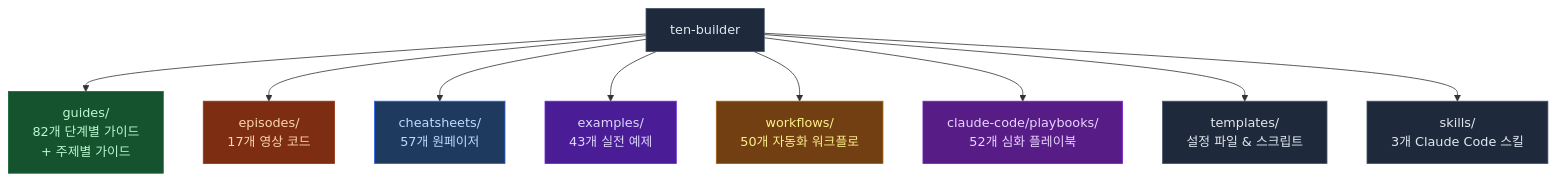
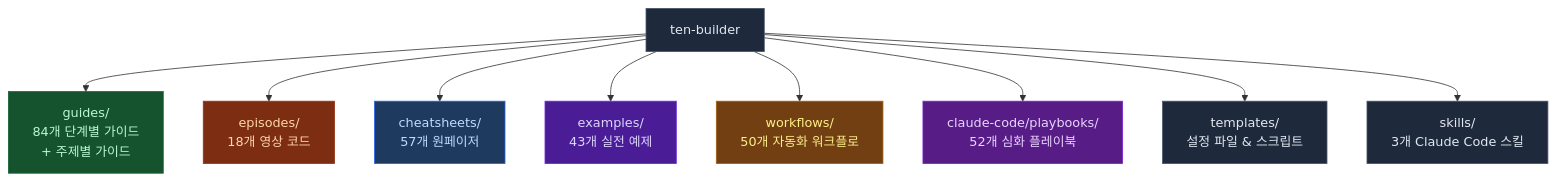
Before and after one commit to ten-builder/ten-builder: the first of 2 diagrams in README.md, drawn with Mermaid. The commit also changed other lines of this file, not shown here.

Commit message:
docs: README sync -- guides 81-82, EP18 반영

````diff
--- a/README.md
+++ b/README.md
@@ -23,21 +23,21 @@
 ```mermaid
 flowchart TD
-    R["ten-builder"] --> G["guides/\n82개 단계별 가이드\n+ 주제별 가이드"]
-    R --> E["episodes/\n17개 영상 코드"]
+    R["ten-builder"] --> G["guides/\n84개 단계별 가이드\n+ 주제별 가이드"]
+    R --> E["episodes/\n18개 영상 코드"]
     R --> C["cheatsheets/\n57개 원페이저"]
     R --> EX["examples/\n43개 실전 예제"]
     R --> W["workflows/\n50개 자동화 워크플로"]
     R --> P["claude-code/playbooks/\n52개 심화 플레이북"]
     R --> T["templates/\n설정 파일 & 스크립트"]
     R --> S["skills/\n3개 Claude Code 스킬"]
 
     style R fill:#1e293b,stroke:#475569,color:#e2e8f0
     style G fill:#14532d,stroke:#166534,color:#bbf7d0
     style E fill:#7c2d12,stroke:#9a3412,color:#fed7aa
     style C fill:#1e3a5f,stroke:#2563eb,color:#bfdbfe
     style EX fill:#4a1d96,stroke:#6d28d9,color:#ddd6fe
     style W fill:#713f12,stroke:#a16207,color:#fef08a
     style P fill:#581c87,stroke:#7e22ce,color:#e9d5ff
     style T fill:#1e293b,stroke:#475569,color:#e2e8f0
     style S fill:#1e293b,stroke:#475569,color:#e2e8f0
 ```
````
